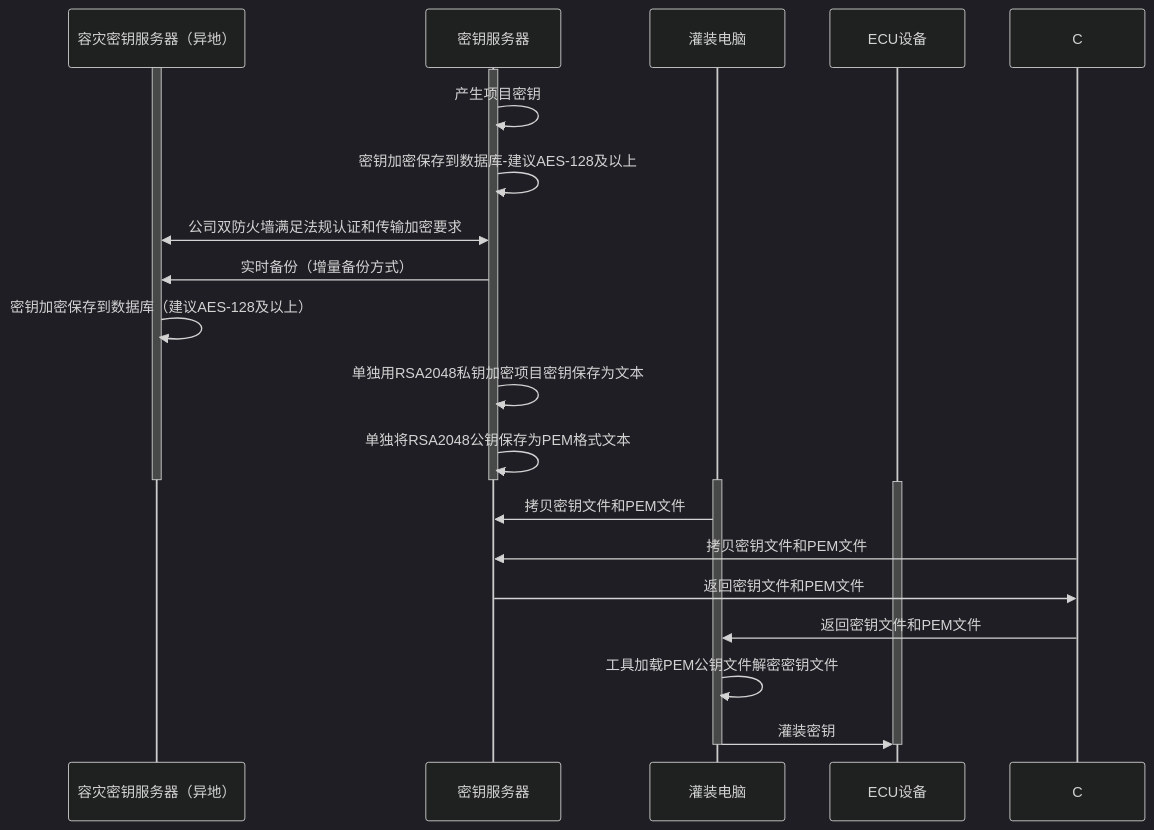
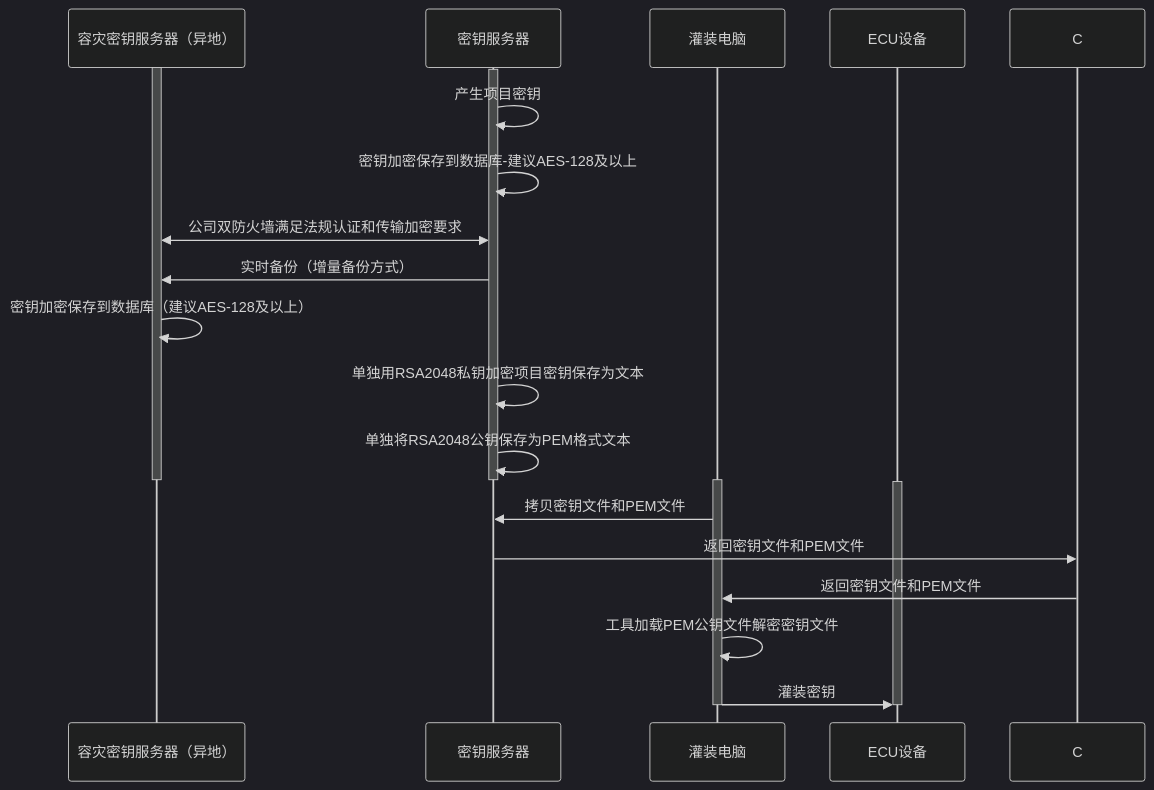
Before and after one commit to facebook-cloud/iodraw-files: the diagram in all/未命名-15.md, drawn with Mermaid (dark theme).

Commit message:
2026-02-11 19:09:55 update

````diff
--- a/all/未命名-15.md
+++ b/all/未命名-15.md
@@ -1,32 +1,31 @@
 ```mermaid
 sequenceDiagram
     participant A as 容灾密钥服务器（异地）
     participant B as 密钥服务器
     participant D as 灌装电脑
     participant E as ECU设备
 
     activate A
     activate B
     B->>B: 产生项目密钥
     B->>B: 密钥加密保存到数据库-建议AES-128及以上
     A<<->>B: 公司双防火墙满足法规认证和传输加密要求
     B->>A: 实时备份（增量备份方式）
     A->>A: 密钥加密保存到数据库（建议AES-128及以上）
     B->>B: 单独用RSA2048私钥加密项目密钥保存为文本
     B->>B: 单独将RSA2048公钥保存为PEM格式文本
     deactivate B
     deactivate A
 
     activate D
     activate E
 
     D->>B: 拷贝密钥文件和PEM文件
-    C->>B: 拷贝密钥文件和PEM文件
     B->>C: 返回密钥文件和PEM文件
     C->>D: 返回密钥文件和PEM文件
     D->>D:工具加载PEM公钥文件解密密钥文件
     D->>E: 灌装密钥
     deactivate D
     deactivate E
 
 ```
````
